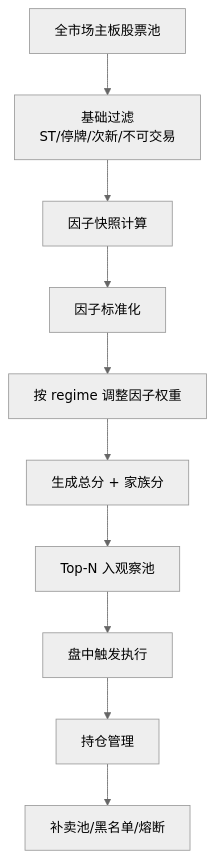
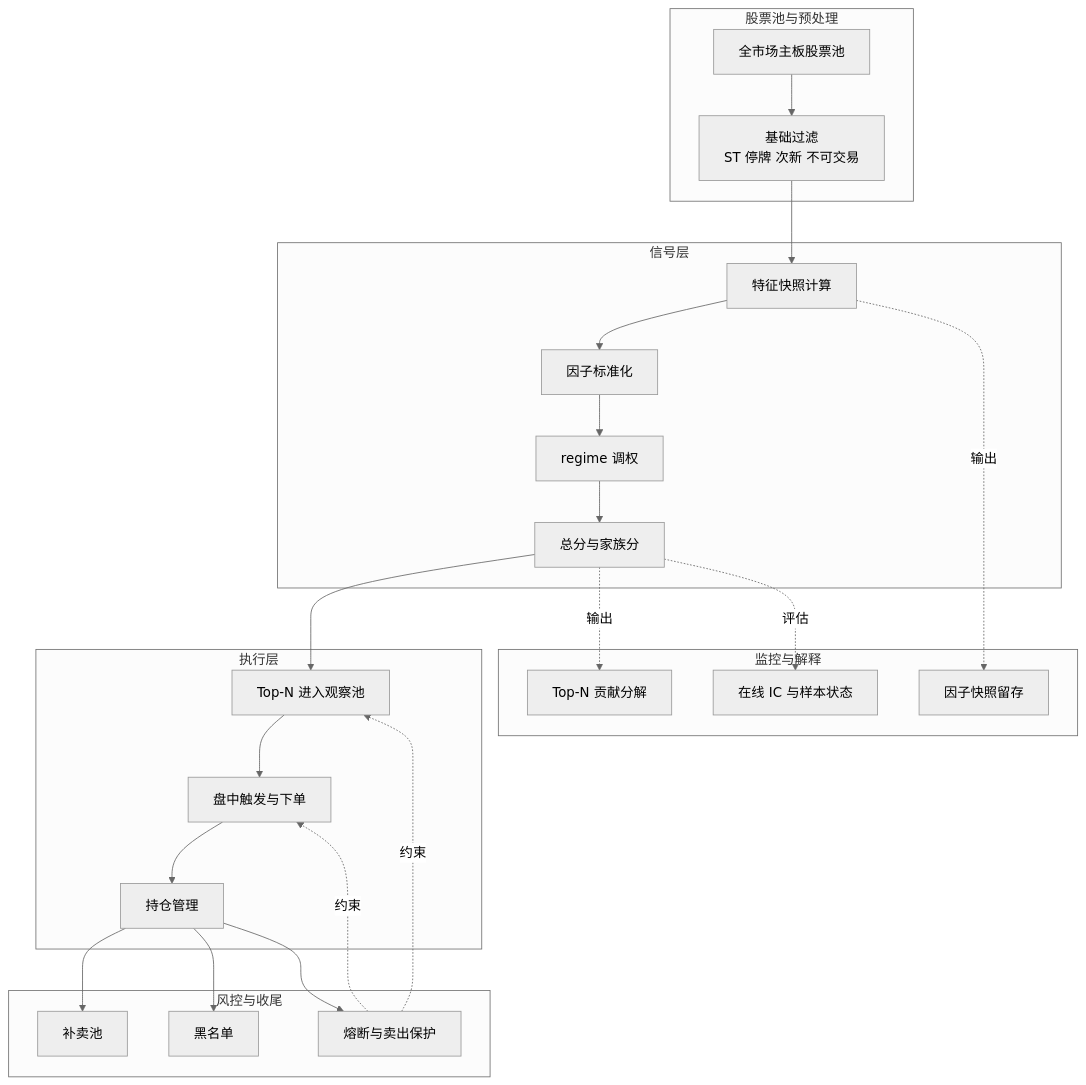
Before and after one commit to NewZsh/financeKG_spider: the second of 3 diagrams in stock/doc/plan.md, drawn with Mermaid (neutral theme). The commit also changed other lines of this file, not shown here.

````diff
--- a/stock/doc/plan.md
+++ b/stock/doc/plan.md
@@ -311,12 +284,45 @@
 ```mermaid
-flowchart TD
-    A[全市场主板股票池] --> B[基础过滤<br/>ST/停牌/次新/不可交易]
-    B --> C[因子快照计算]
-    C --> D[因子标准化]
-    D --> E[按 regime 调整因子权重]
-    E --> F[生成总分 + 家族分]
-    F --> G[Top-N 入观察池]
-    G --> H[盘中触发执行]
-    H --> I[持仓管理]
-    I --> J[补卖池/黑名单/熔断]
+flowchart TB
+   subgraph U[股票池与预处理]
+      A[全市场主板股票池]
+      B[基础过滤<br/>ST 停牌 次新 不可交易]
+      A --> B
+   end
+
+   subgraph S[信号层]
+      C[特征快照计算]
+      D[因子标准化]
+      E[regime 调权]
+      F[总分与家族分]
+      B --> C --> D --> E --> F
+   end
+
+   subgraph X[执行层]
+      G[Top-N 进入观察池]
+      H[盘中触发与下单]
+      I[持仓管理]
+      F --> G --> H --> I
+   end
+
+   subgraph R[风控与收尾]
+      J[补卖池]
+      K[黑名单]
+      L[熔断与卖出保护]
+   end
+
+   I --> J
+   I --> K
+   I --> L
+   L -.约束.-> G
+   L -.约束.-> H
+
+   subgraph M[监控与解释]
+      N[因子快照留存]
+      O[Top-N 贡献分解]
+      P[在线 IC 与样本状态]
+   end
+
+   C -.输出.-> N
+   F -.输出.-> O
+   F -.评估.-> P
 ```
````
